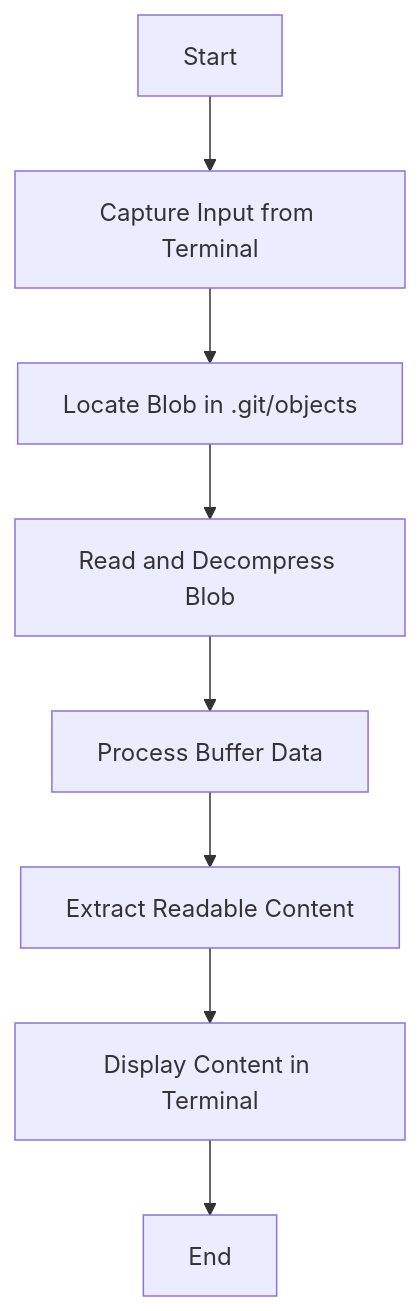
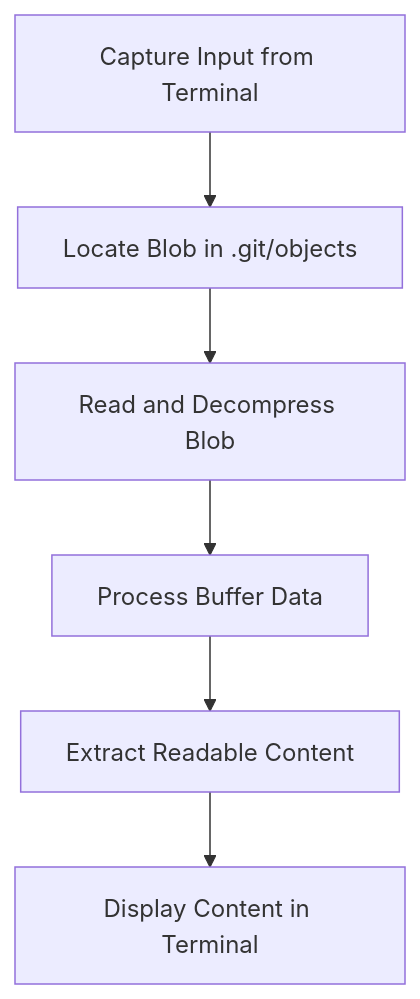
Before and after one commit to ds-spec/build-your-own-git: the diagram in notes/stage-2-read-blob.md, drawn with Mermaid. The commit also changed 1 other file, not shown here.

Commit message:
Changes in stage 2 and 3 flowchart

````diff
--- a/notes/stage-2-read-blob.md
+++ b/notes/stage-2-read-blob.md
@@ -5,10 +5,10 @@
 ```mermaid
 flowchart TD
-    Start[Start] --> CaptureInput[Capture Input from Terminal]
+    CaptureInput[Capture Input from Terminal]
     CaptureInput --> LocateBlob[Locate Blob in .git/objects]
     LocateBlob --> ReadBlob[Read and Decompress Blob]
     ReadBlob --> ProcessBuffer[Process Buffer Data]
     ProcessBuffer --> ExtractContent[Extract Readable Content]
     ExtractContent --> DisplayContent[Display Content in Terminal]
-    DisplayContent --> End[End]
+
 ```
````
